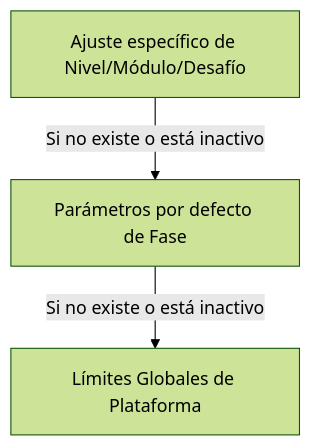
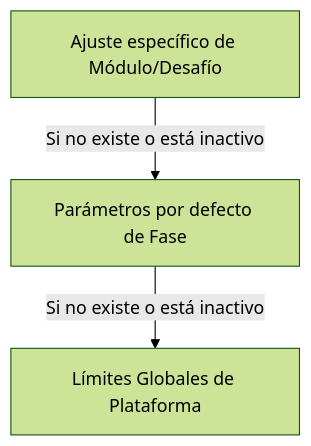
One commit to espalhardigital-hash/logicakids-Producion changed the diagram in docs/legacy_docs/administrador.md. Above: the diagram before and after it, drawn with Mermaid (forest theme). The commit also changed other lines of this file and 33 other files, not shown here.

````diff
--- a/docs/legacy_docs/administrador.md
+++ b/docs/legacy_docs/administrador.md
@@ -171,5 +177,5 @@
 ```mermaid
 graph TD
-    A["Ajuste específico de Nivel/Módulo/Desafío"] -->|Si no existe o está inactivo| B["Parámetros por defecto de Fase"]
+    A["Ajuste específico de Módulo/Desafío"] -->|Si no existe o está inactivo| B["Parámetros por defecto de Fase"]
     B -->|Si no existe o está inactivo| C["Límites Globales de Plataforma"]
 ```
````
